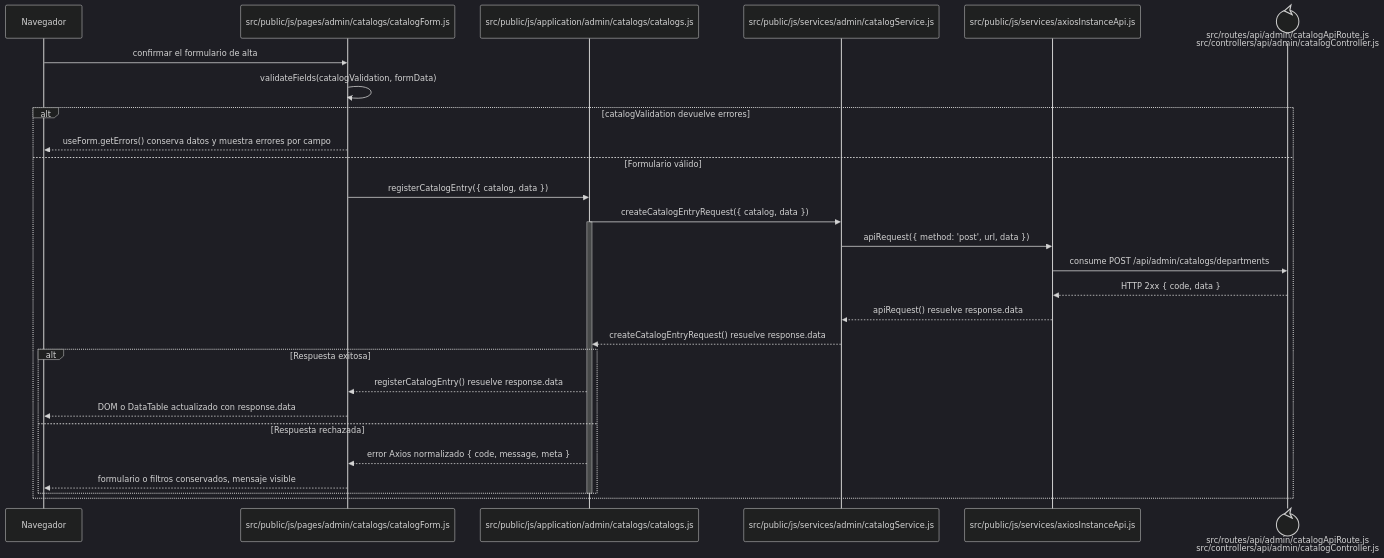
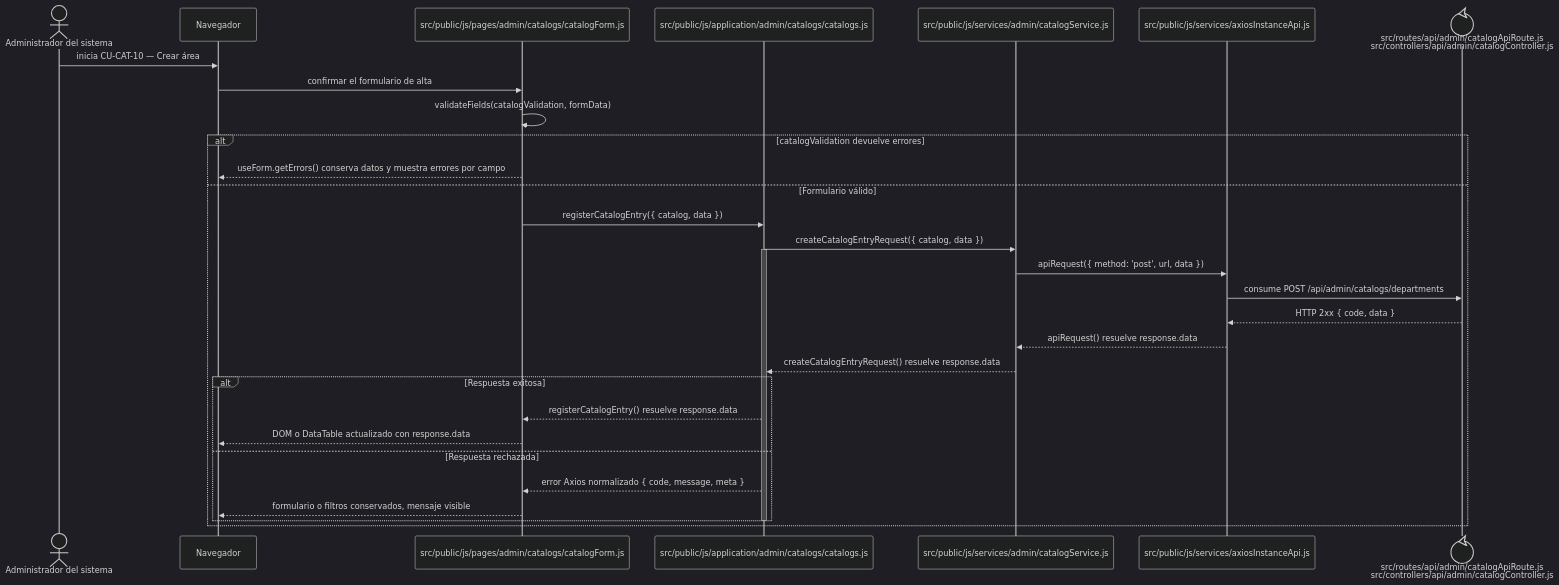
One commit to gpgsistemas01/nexus changed the diagram in docs/architecture/frontend-code-sequences/catalogs/cu-cat-10.md. Above: the diagram before and after it, drawn with Mermaid (dark theme). The commit also changed 105 other files, not shown here.

````diff
--- a/docs/architecture/frontend-code-sequences/catalogs/cu-cat-10.md
+++ b/docs/architecture/frontend-code-sequences/catalogs/cu-cat-10.md
@@ -6,32 +6,34 @@
 ```mermaid
 sequenceDiagram
+    actor Initiator as Administrador del sistema
     participant Browser as Navegador
     participant View as src/public/js/pages/admin/catalogs/catalogForm.js
     participant Application as src/public/js/application/admin/catalogs/catalogs.js
     participant Request as src/public/js/services/admin/catalogService.js
     participant HTTP as src/public/js/services/axiosInstanceApi.js
     participant Transport@{ "type": "control" } as src/routes/api/admin/catalogApiRoute.js<br/>src/controllers/api/admin/catalogController.js
 
+    Initiator->>Browser: inicia CU-CAT-10 — Crear área
     Browser->>View: confirmar el formulario de alta
     View->>View: validateFields(catalogValidation, formData)
     alt catalogValidation devuelve errores
         View-->>Browser: useForm.getErrors() conserva datos y muestra errores por campo
     else Formulario válido
         View->>Application: registerCatalogEntry({ catalog, data })
         Application->>Request: createCatalogEntryRequest({ catalog, data })
         activate Application
         Request->>HTTP: apiRequest({ method: 'post', url, data })
         HTTP->>Transport: consume POST /api/admin/catalogs/departments
         Transport-->>HTTP: HTTP 2xx { code, data }
         HTTP-->>Request: apiRequest() resuelve response.data
         Request-->>Application: createCatalogEntryRequest() resuelve response.data
         alt Respuesta exitosa
             Application-->>View: registerCatalogEntry() resuelve response.data
             View-->>Browser: DOM o DataTable actualizado con response.data
         else Respuesta rechazada
             Application-->>View: error Axios normalizado { code, message, meta }
             View-->>Browser: formulario o filtros conservados, mensaje visible
         end
         deactivate Application
     end
 ```
````
